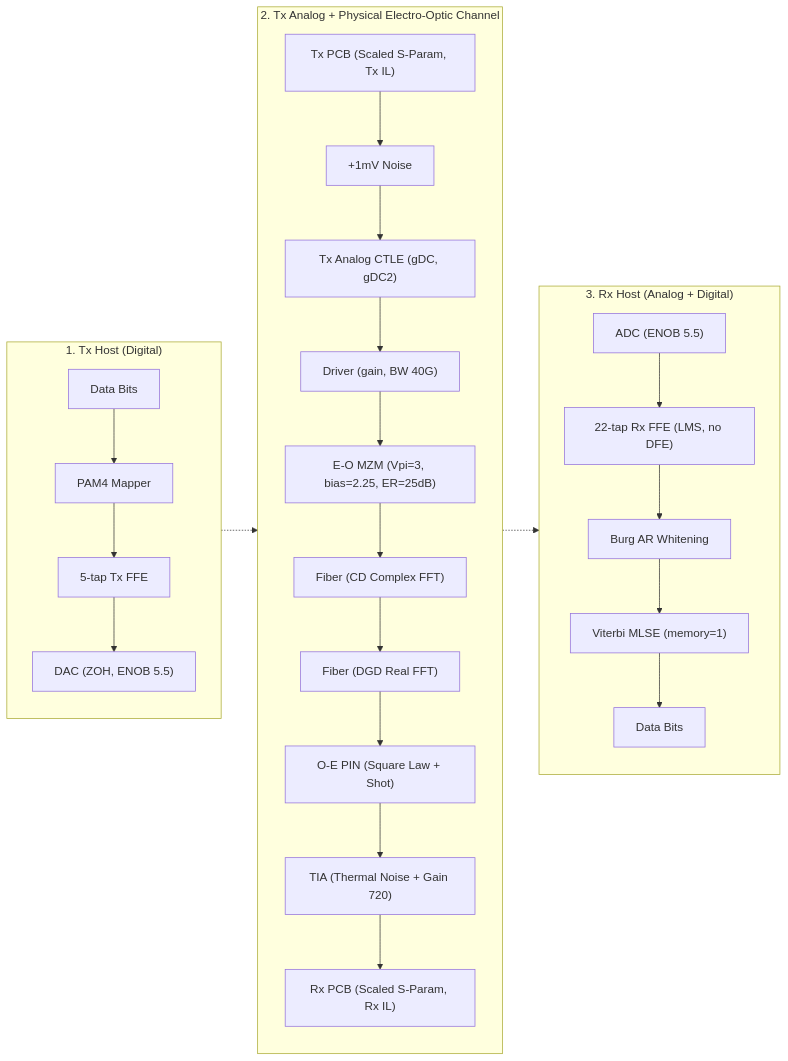
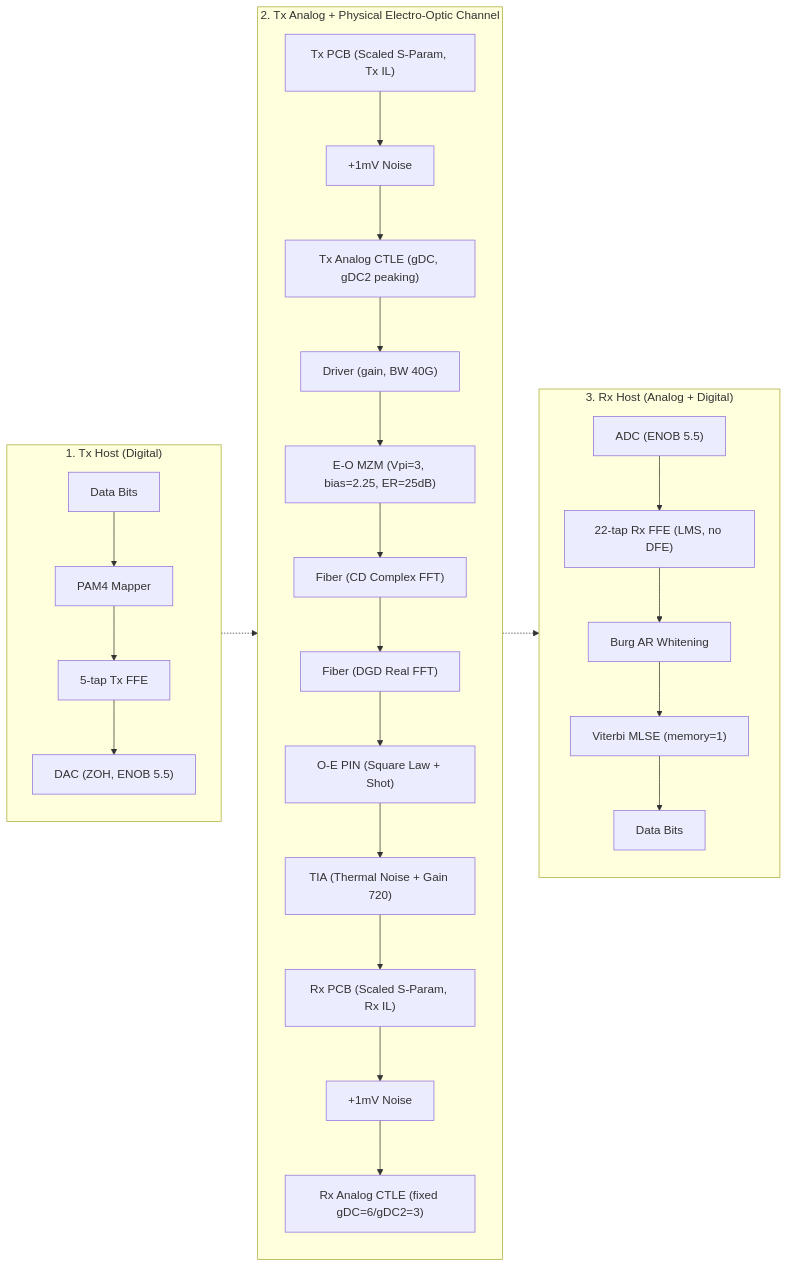
The diagram in docs/01_DSP_Architecture.md (ZenHatesCoding/lpo-pam4-sim), drawn with Mermaid before and after one commit. The commit also changed other lines of this file and 44 other files, not shown here.

First line of the commit message:
物理层重做 v6.1: Tx CTLE peaking + Rx 固定 CTLE + 符号数拉长

````diff
--- a/docs/01_DSP_Architecture.md
+++ b/docs/01_DSP_Architecture.md
@@ -37,34 +38,36 @@
 ```mermaid
 %%{init: {'themeVariables': { 'background': 'transparent'}}}%%
 graph LR
     subgraph R1 ["1. Tx Host (Digital)"]
         direction TB
         A[Data Bits] --> B[PAM4 Mapper]
         B --> C["5-tap Tx FFE"]
         C --> D["DAC (ZOH, ENOB 5.5)"]
     end
 
     subgraph R2 ["2. Tx Analog + Physical Electro-Optic Channel"]
         direction TB
         E["Tx PCB (Scaled S-Param, Tx IL)"] --> E2["+1mV Noise"]
-        E2 --> F["Tx Analog CTLE (gDC, gDC2)"]
+        E2 --> F["Tx Analog CTLE (gDC, gDC2 peaking)"]
         F --> G1["Driver (gain, BW 40G)"]
         G1 --> G["E-O MZM (Vpi=3, bias=2.25, ER=25dB)"]
         G --> H["Fiber (CD Complex FFT)"]
         H --> I["Fiber (DGD Real FFT)"]
         I --> J["O-E PIN (Square Law + Shot)"]
         J --> K["TIA (Thermal Noise + Gain 720)"]
         K --> L["Rx PCB (Scaled S-Param, Rx IL)"]
+        L --> L2["+1mV Noise"]
+        L2 --> L3["Rx Analog CTLE (fixed gDC=6/gDC2=3)"]
     end
 
     subgraph R3 ["3. Rx Host (Analog + Digital)"]
         direction TB
         M["ADC (ENOB 5.5)"] --> N["22-tap Rx FFE (LMS, no DFE)"]
         N --> O["Burg AR Whitening"]
         O --> P["Viterbi MLSE (memory=1)"]
         P --> Q[Data Bits]
     end
 
     D -.-> E
-    L -.-> M
+    L3 -.-> M
 ```
````
